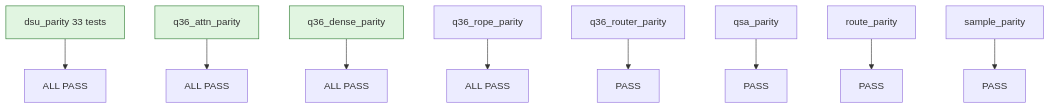
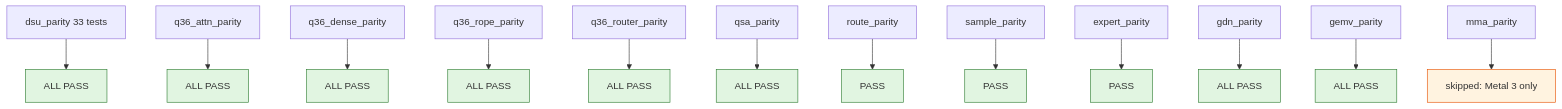
The first of 2 diagrams in docs/macpro51-test-results.md (thread3d/strata), drawn with Mermaid before and after one commit. The commit also changed other lines of this file, not shown here.

First line of the commit message:
[Docs] complete macpro51 test results with charts

````diff
--- a/docs/macpro51-test-results.md
+++ b/docs/macpro51-test-results.md
@@ -86,14 +98,27 @@
 ```mermaid
 flowchart TD
     A[dsu_parity 33 tests] --> B[ALL PASS]
     C[q36_attn_parity] --> D[ALL PASS]
     E[q36_dense_parity] --> F[ALL PASS]
     G[q36_rope_parity] --> H[ALL PASS]
-    I[q36_router_parity] --> J[PASS]
-    K[qsa_parity] --> L[PASS]
+    I[q36_router_parity] --> J[ALL PASS]
+    K[qsa_parity] --> L[ALL PASS]
     M[route_parity] --> N[PASS]
     O[sample_parity] --> P[PASS]
-    style A fill:#e1f5e1,stroke:#2e7d32
-    style C fill:#e1f5e1,stroke:#2e7d32
-    style E fill:#e1f5e1,stroke:#2e7d32
+    Q[expert_parity] --> R[PASS]
+    S[gdn_parity] --> T[ALL PASS]
+    U[gemv_parity] --> V[ALL PASS]
+    W[mma_parity] --> X[skipped: Metal 3 only]
+    style B fill:#e1f5e1,stroke:#2e7d32
+    style D fill:#e1f5e1,stroke:#2e7d32
+    style F fill:#e1f5e1,stroke:#2e7d32
+    style H fill:#e1f5e1,stroke:#2e7d32
+    style J fill:#e1f5e1,stroke:#2e7d32
+    style L fill:#e1f5e1,stroke:#2e7d32
+    style N fill:#e1f5e1,stroke:#2e7d32
+    style P fill:#e1f5e1,stroke:#2e7d32
+    style R fill:#e1f5e1,stroke:#2e7d32
+    style T fill:#e1f5e1,stroke:#2e7d32
+    style V fill:#e1f5e1,stroke:#2e7d32
+    style X fill:#fff3e0,stroke:#e65100
 ```
````
